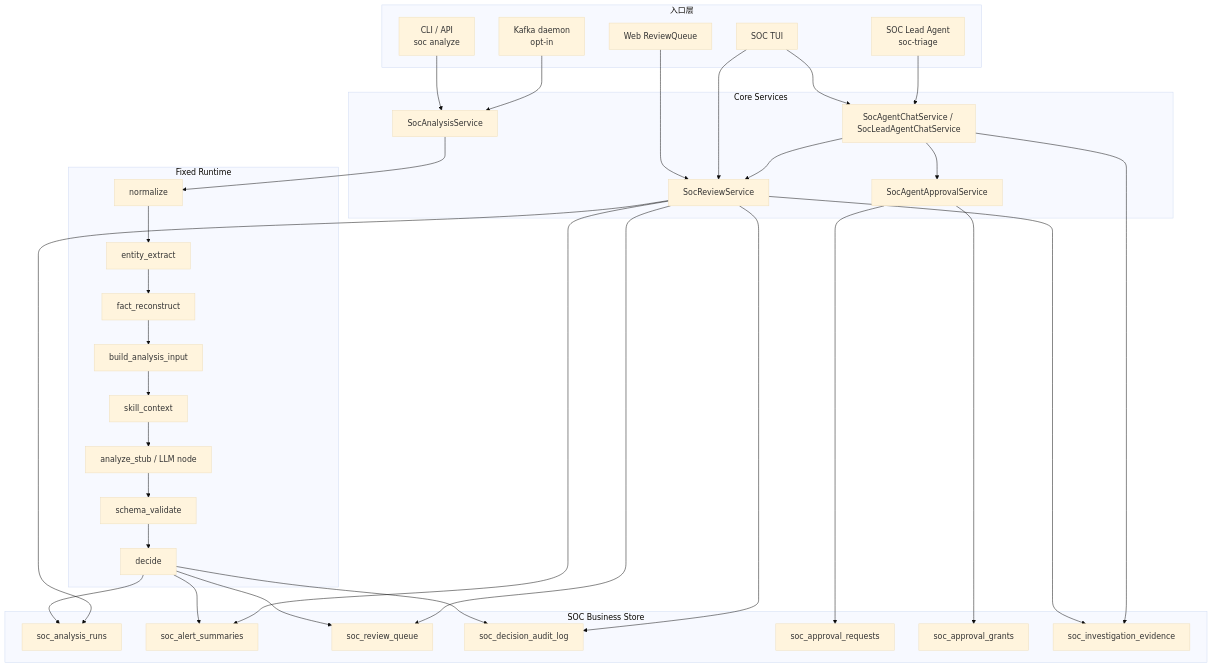
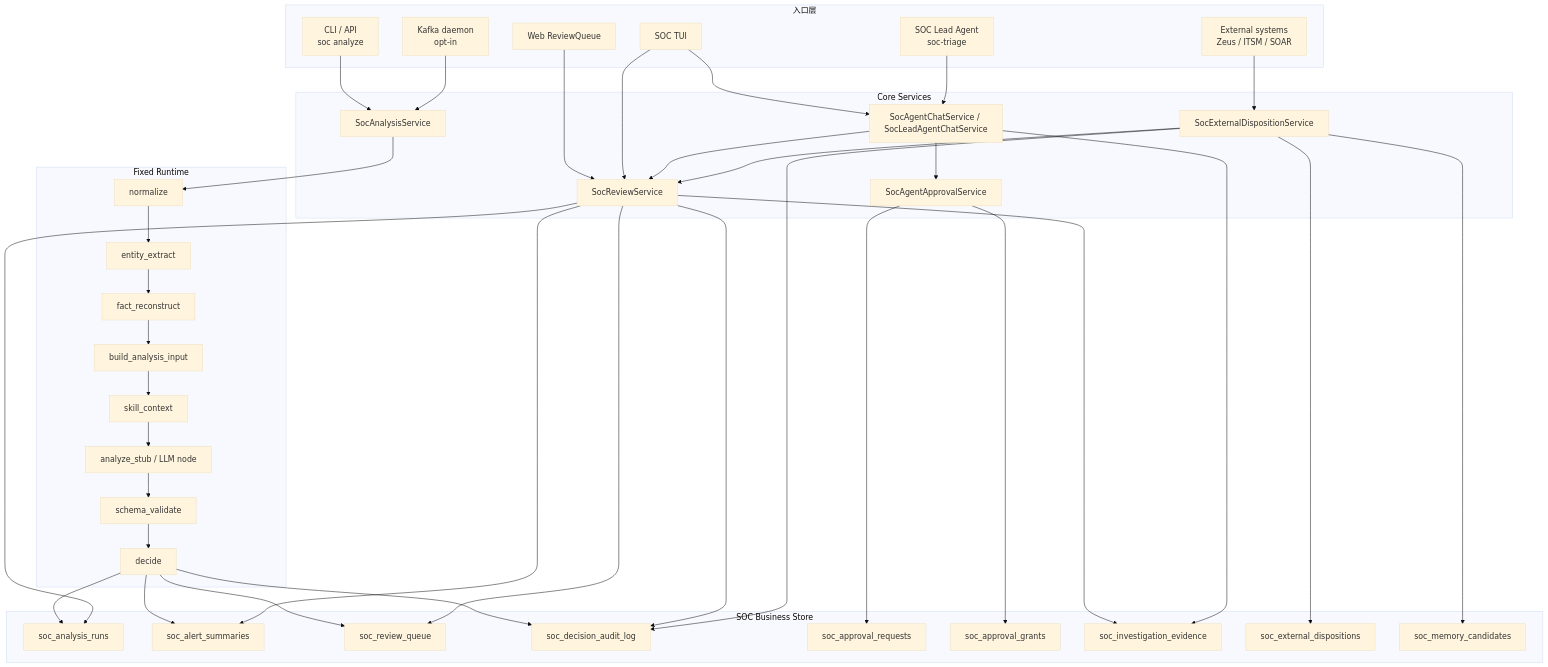
One commit to yydspanda/deer-flow changed the first of 6 diagrams in .notes/ai_soc/alert-lifecycle-flow.md. Above: the diagram before and after it, drawn with Mermaid (base theme). The commit also changed other lines of this file and 14 other files, not shown here.

````diff
--- a/.notes/ai_soc/alert-lifecycle-flow.md
+++ b/.notes/ai_soc/alert-lifecycle-flow.md
@@ -64,64 +74,73 @@
 ```mermaid
 flowchart TD
     subgraph Inputs["入口层"]
         CLI["CLI / API\nsoc analyze"]
         Kafka["Kafka daemon\nopt-in"]
         Web["Web ReviewQueue"]
         TUI["SOC TUI"]
         Lead["SOC Lead Agent\nsoc-triage"]
+        External["External systems\nZeus / ITSM / SOAR"]
     end
 
     subgraph Core["Core Services"]
         Analysis["SocAnalysisService"]
         Review["SocReviewService"]
         Chat["SocAgentChatService / SocLeadAgentChatService"]
         Approval["SocAgentApprovalService"]
+        ExternalSync["SocExternalDispositionService"]
     end
 
     subgraph Runtime["Fixed Runtime"]
         Normalize["normalize"]
         Entity["entity_extract"]
         Fact["fact_reconstruct"]
         BuildInput["build_analysis_input"]
         Skill["skill_context"]
         Analyze["analyze_stub / LLM node"]
         Validate["schema_validate"]
         Decide["decide"]
     end
 
     subgraph Stores["SOC Business Store"]
         Runs["soc_analysis_runs"]
         Summary["soc_alert_summaries"]
         Queue["soc_review_queue"]
         Audit["soc_decision_audit_log"]
         ApprovalReq["soc_approval_requests"]
         ApprovalGrant["soc_approval_grants"]
         Evidence["soc_investigation_evidence"]
+        Disposition["soc_external_dispositions"]
+        MemoryCandidate["soc_memory_candidates"]
     end
 
     CLI --> Analysis
     Kafka --> Analysis
     Web --> Review
     TUI --> Review
     TUI --> Chat
     Lead --> Chat
+    External --> ExternalSync
 
     Analysis --> Normalize --> Entity --> Fact --> BuildInput --> Skill --> Analyze --> Validate --> Decide
 
     Decide --> Runs
     Decide --> Summary
     Decide --> Queue
     Decide --> Audit
 
     Review --> Queue
     Review --> Runs
     Review --> Summary
     Review --> Audit
     Review --> Evidence
 
     Chat --> Review
     Chat --> Approval
     Chat --> Evidence
     Approval --> ApprovalReq
     Approval --> ApprovalGrant
+    ExternalSync --> Review
+    ExternalSync --> Audit
+    ExternalSync --> Disposition
+    ExternalSync --> MemoryCandidate
 ```
````
